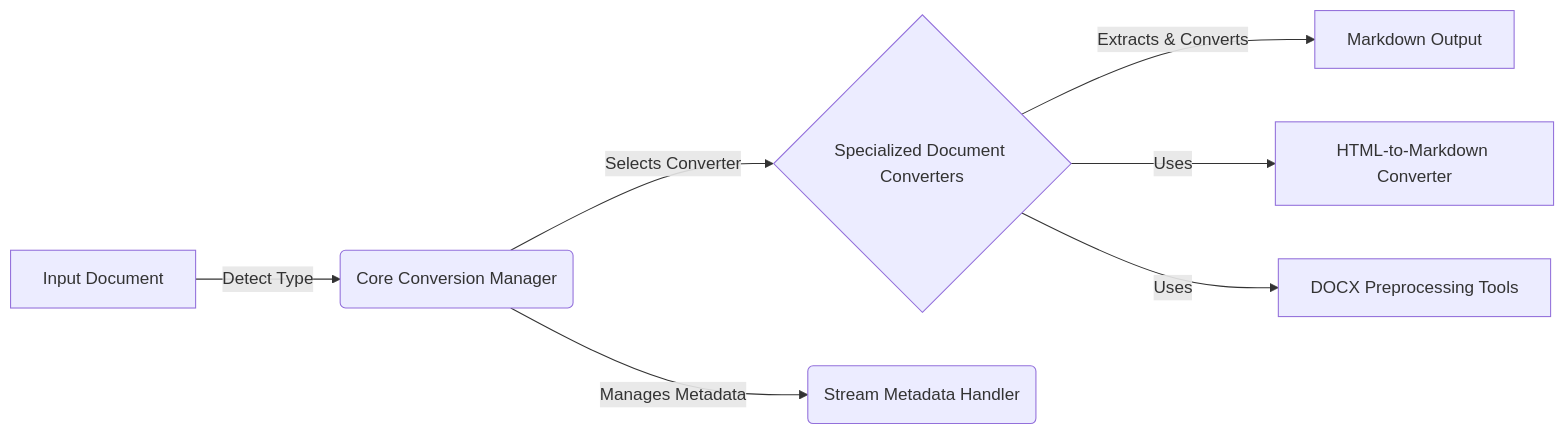
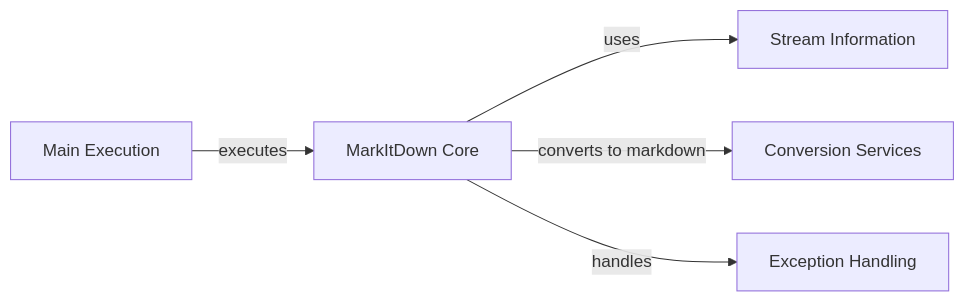
The diagram in markitdown/on_boarding.md (CodeBoarding/GeneratedOnBoardings), drawn with Mermaid before and after one commit. The commit also changed other lines of this file and 10 other files, not shown here.

````diff
--- a/markitdown/on_boarding.md
+++ b/markitdown/on_boarding.md
@@ -5,18 +1,18 @@
 ```mermaid
 graph LR
-    A[Input Document] -- Detect Type --> B(Core Conversion Manager)
-    B -- Selects Converter --> C{Specialized Document Converters}
-    C -- Extracts & Converts --> D[Markdown Output]
-    B -- Manages Metadata --> E(Stream Metadata Handler)
-    C -- Uses --> F[HTML-to-Markdown Converter]
-    C -- Uses --> G[DOCX Preprocessing Tools]
+    Main_Execution["Main Execution"]
+    MarkItDown_Core["MarkItDown Core"]
+    Stream_Information["Stream Information"]
+    Conversion_Services["Conversion Services"]
+    Exception_Handling["Exception Handling"]
+    Main_Execution -- "executes" --> MarkItDown_Core
+    MarkItDown_Core -- "uses" --> Stream_Information
+    MarkItDown_Core -- "converts to markdown" --> Conversion_Services
+    MarkItDown_Core -- "handles" --> Exception_Handling
 
-click A href "https://github.com/CodeBoarding/GeneratedOnBoardings/blob/main/markitdown//README.md"
-click B href "https://github.com/CodeBoarding/GeneratedOnBoardings/blob/main/markitdown//Core%20Conversion%20Manager.md"
-click C href "https://github.com/CodeBoarding/GeneratedOnBoardings/blob/main/markitdown//Specialized%20Document%20Converters.md"
-click D href "https://github.com/CodeBoarding/GeneratedOnBoardings/blob/main/markitdown//README.md"
-click E href "https://github.com/CodeBoarding/GeneratedOnBoardings/blob/main/markitdown//Stream%20Metadata%20Handler.md"
-click F href "https://github.com/CodeBoarding/GeneratedOnBoardings/blob/main/markitdown//HTML-to-Markdown%20Converter.md"
-click G href "https://github.com/CodeBoarding/GeneratedOnBoardings/blob/main/markitdown//DOCX%20Preprocessing%20Tools.md"
-
+click Main_Execution href "https://github.com/CodeBoarding/GeneratedOnBoardings/blob/main/markitdown//Main Execution.md"
+click MarkItDown_Core href "https://github.com/CodeBoarding/GeneratedOnBoardings/blob/main/markitdown//MarkItDown Core.md"
+click Stream_Information href "https://github.com/CodeBoarding/GeneratedOnBoardings/blob/main/markitdown//Stream Information.md"
+click Conversion_Services href "https://github.com/CodeBoarding/GeneratedOnBoardings/blob/main/markitdown//Conversion Services.md"
+click Exception_Handling href "https://github.com/CodeBoarding/GeneratedOnBoardings/blob/main/markitdown//Exception Handling.md"
 ```
````
